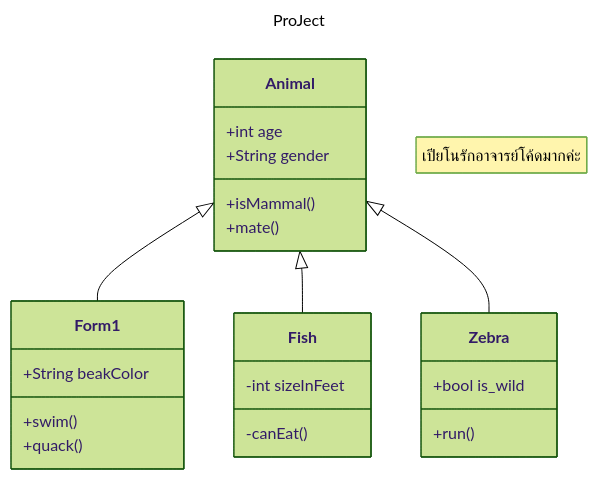
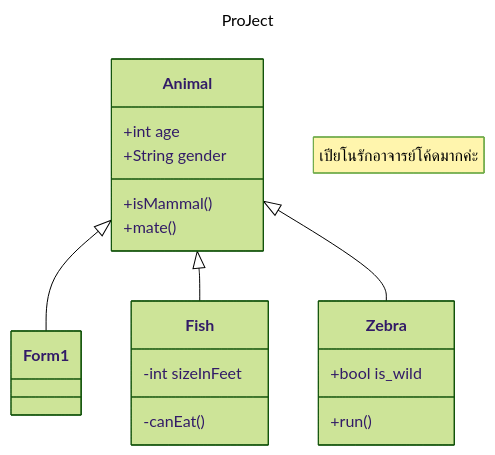
The diagram in README.md (Natithorn/Test), drawn with Mermaid (forest theme) before and after one commit.

````diff
--- a/README.md
+++ b/README.md
@@ -1,27 +1,22 @@
 ```mermaid
 ---
 title: ProJect
 ---
 classDiagram
     note "เปียโนรักอาจารย์โค้ดมากค่ะ"
     Animal <|-- Form1
     Animal <|-- Fish
     Animal <|-- Zebra
     Animal : +int age
     Animal : +String gender
     Animal: +isMammal()
     Animal: +mate()
-    class Form1{
-        +String beakColor
-        +swim()
-        +quack()
-    }
     class Fish{
         -int sizeInFeet
         -canEat()
     }
     class Zebra{
         +bool is_wild
         +run()
     }
 ```
````
